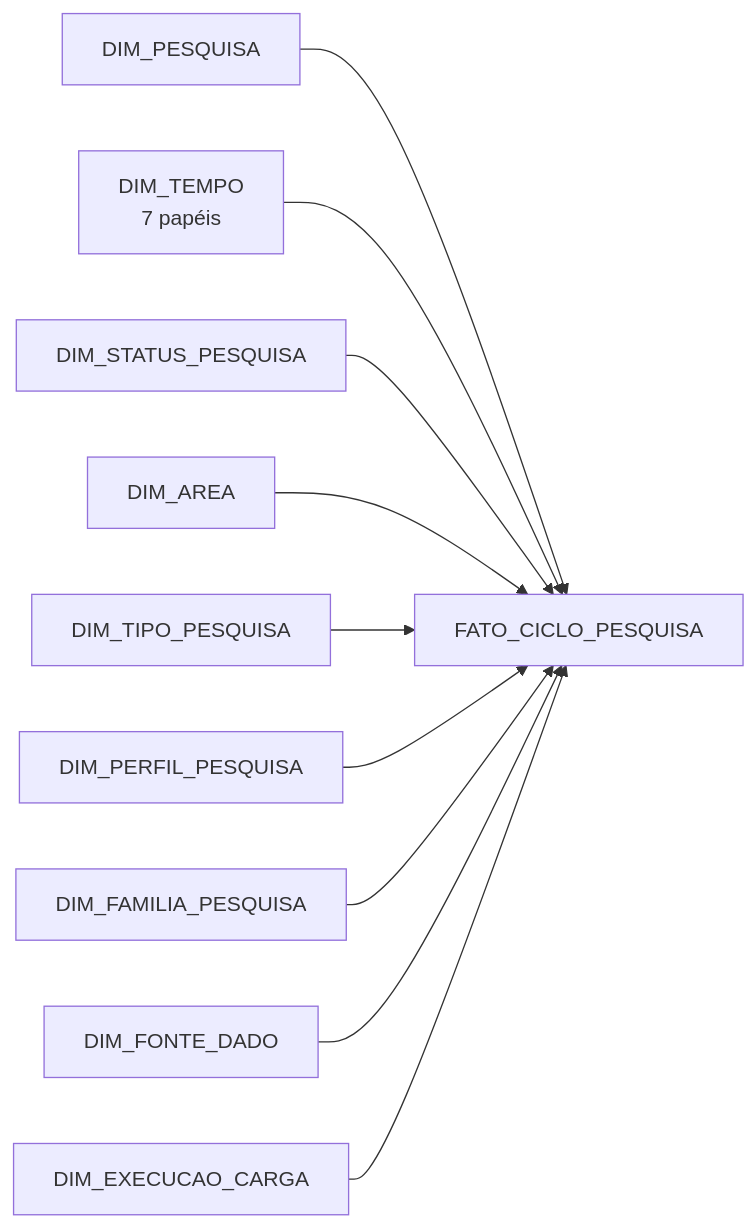
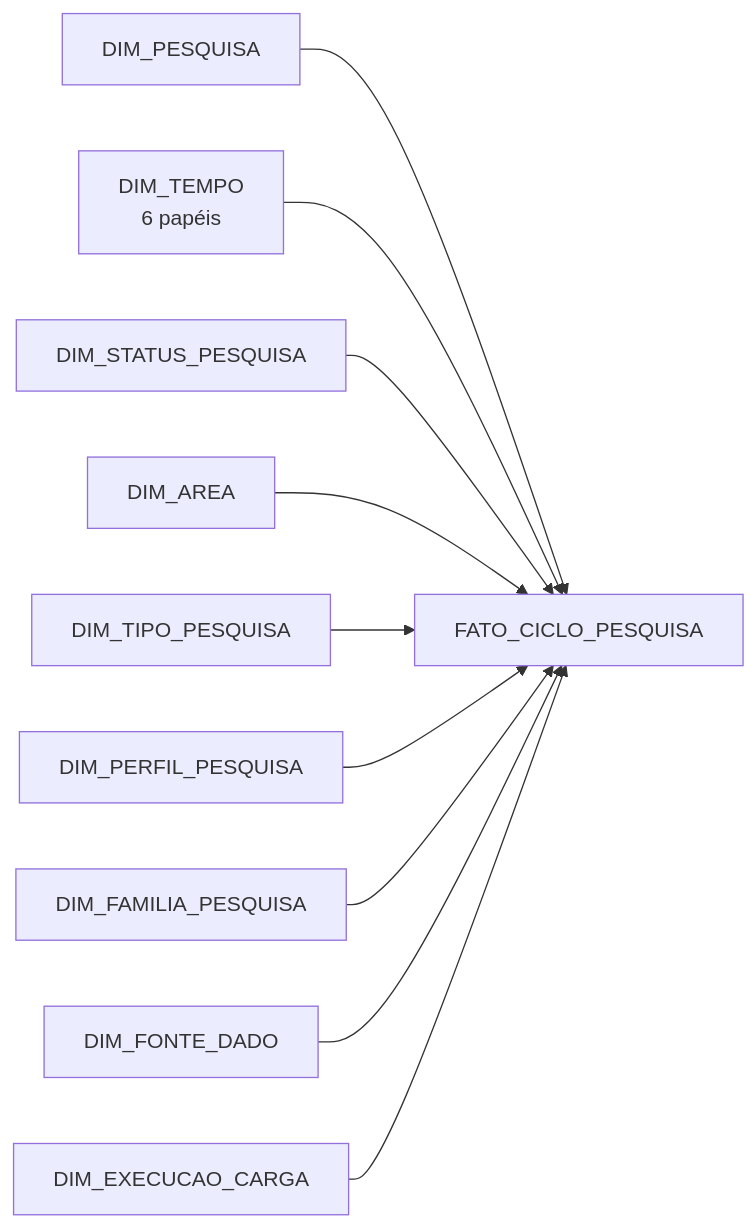
Before and after one commit to balb-0/Synapse: the first of 8 diagrams in docs/dmc.md, drawn with Mermaid. The commit also changed other lines of this file and 2 other files, not shown here.

````diff
--- a/docs/dmc.md
+++ b/docs/dmc.md
@@ -284,12 +284,12 @@
 ```mermaid
 flowchart LR
     DP[DIM_PESQUISA] --> F1[FATO_CICLO_PESQUISA]
-    DT[DIM_TEMPO<br/>7 papéis] --> F1
+    DT[DIM_TEMPO<br/>6 papéis] --> F1
     DS[DIM_STATUS_PESQUISA] --> F1
     DA[DIM_AREA] --> F1
     DTI[DIM_TIPO_PESQUISA] --> F1
     DPE[DIM_PERFIL_PESQUISA] --> F1
     DF[DIM_FAMILIA_PESQUISA] --> F1
     DFO[DIM_FONTE_DADO] --> F1
     DC[DIM_EXECUCAO_CARGA] --> F1
 ```
````
